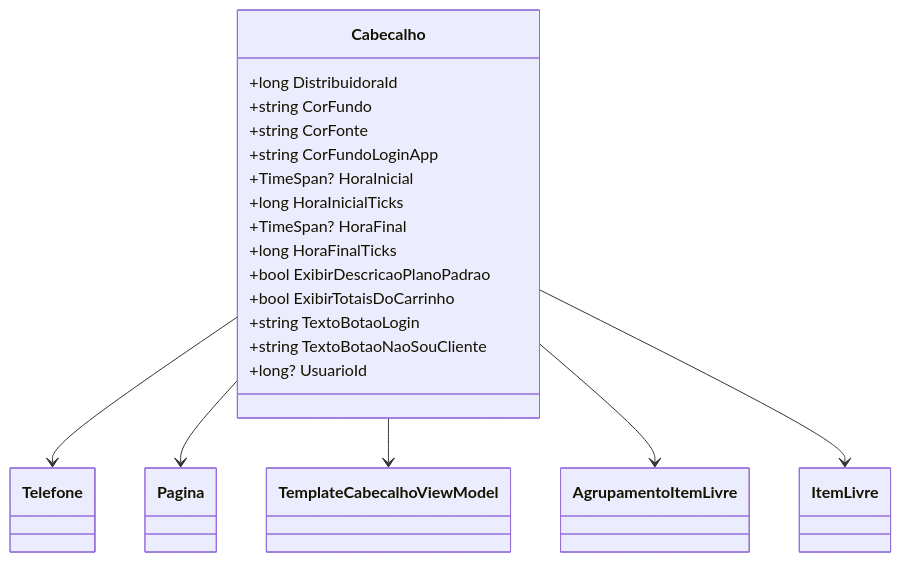
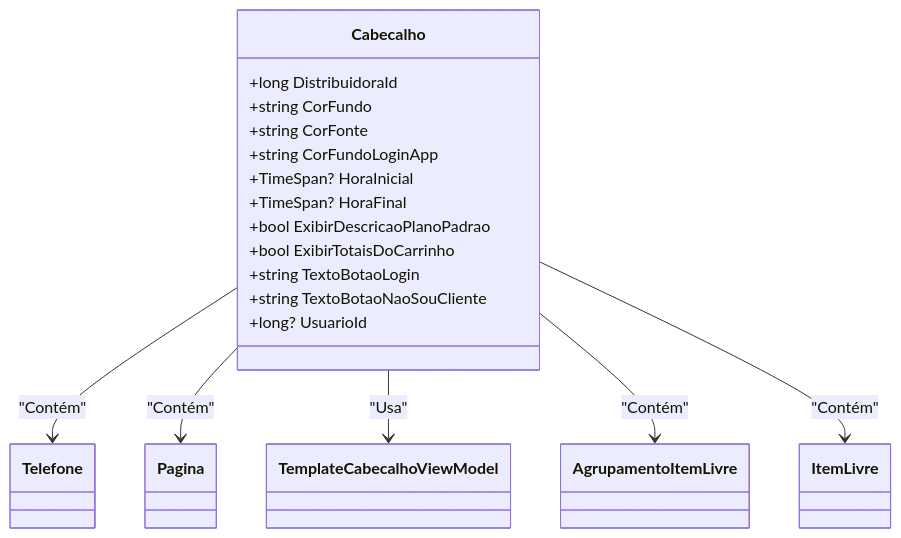
The diagram in docs/b2b-dominio/IsthmusWinthor.Nucleo/IsthmusWinthor.Dominio/POCO/Layouts/Cabecalho.md (IsthmusSistemas/documentacao-tecnica), drawn with Mermaid before and after one commit. The commit also changed other lines of this file and 882 other files, not shown here.

````diff
--- a/docs/b2b-dominio/IsthmusWinthor.Nucleo/IsthmusWinthor.Dominio/POCO/Layouts/Cabecalho.md
+++ b/docs/b2b-dominio/IsthmusWinthor.Nucleo/IsthmusWinthor.Dominio/POCO/Layouts/Cabecalho.md
@@ -36,39 +30,27 @@
 ```mermaid
 classDiagram
     class Cabecalho {
         +long DistribuidoraId
         +string CorFundo
         +string CorFonte
         +string CorFundoLoginApp
         +TimeSpan? HoraInicial
-        +long HoraInicialTicks
         +TimeSpan? HoraFinal
-        +long HoraFinalTicks
         +bool ExibirDescricaoPlanoPadrao
         +bool ExibirTotaisDoCarrinho
         +string TextoBotaoLogin
         +string TextoBotaoNaoSouCliente
         +long? UsuarioId
     }
-    
-    class Telefone {
-    }
-    
-    class Pagina {
-    }
-    
-    class TemplateCabecalhoViewModel {
-    }
-    
-    class AgrupamentoItemLivre {
-    }
-    
-    class ItemLivre {
-    }
-    
-    Cabecalho --> Telefone
-    Cabecalho --> Pagina
-    Cabecalho --> TemplateCabecalhoViewModel
-    Cabecalho --> AgrupamentoItemLivre
-    Cabecalho --> ItemLivre
+    class Telefone
+    class Pagina
+    class TemplateCabecalhoViewModel
+    class ItemLivre
+    class AgrupamentoItemLivre
+
+    Cabecalho --> Telefone : "Contém"
+    Cabecalho --> Pagina : "Contém"
+    Cabecalho --> TemplateCabecalhoViewModel : "Usa"
+    Cabecalho --> AgrupamentoItemLivre : "Contém"
+    Cabecalho --> ItemLivre : "Contém"
 ```
````
